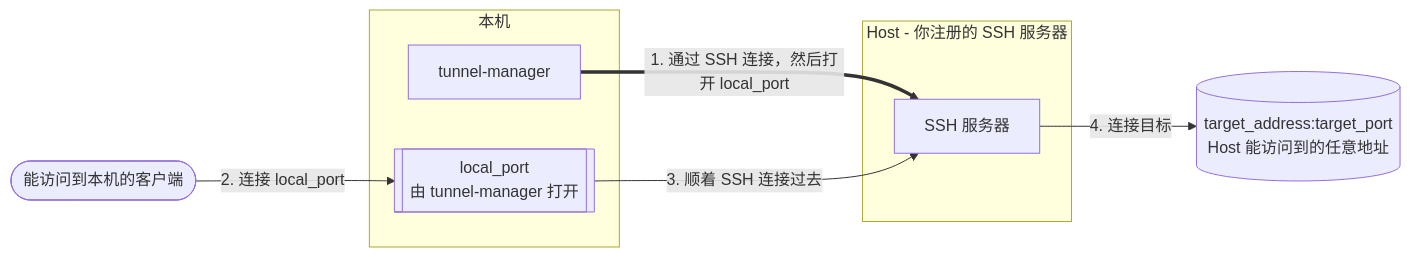
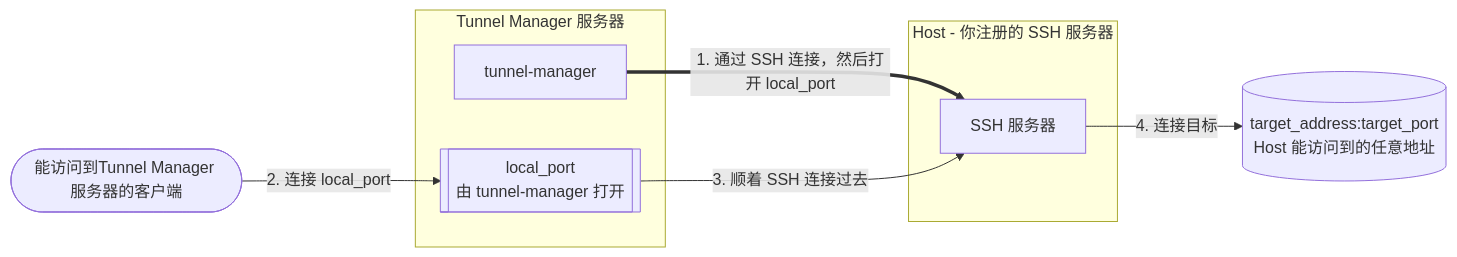
Before and after one commit to jollaman999/tunnel-manager: the second of 2 diagrams in docs/README.zh.md, drawn with Mermaid. The commit also changed other lines of this file and 7 other files, not shown here.

Commit message:
docs: Call it the Tunnel Manager server and a jump host

````diff
--- a/docs/README.zh.md
+++ b/docs/README.zh.md
@@ -40,17 +40,17 @@
 ```mermaid
 flowchart LR
-    client(["能访问到本机的客户端"])
-    subgraph here ["本机"]
+    client(["能访问到Tunnel Manager 服务器的客户端"])
+    subgraph here ["Tunnel Manager 服务器"]
         port[["local_port<br/>由 tunnel-manager 打开"]]
         tm["tunnel-manager"]
     end
     subgraph host ["Host - 你注册的 SSH 服务器"]
         sshd["SSH 服务器"]
     end
     target[("target_address:target_port<br/>Host 能访问到的任意地址")]
 
     tm ==>|"1. 通过 SSH 连接，然后打开 local_port"| sshd
     client -->|"2. 连接 local_port"| port
     port -->|"3. 顺着 SSH 连接过去"| sshd
     sshd -->|"4. 连接目标"| target
 ```
````
